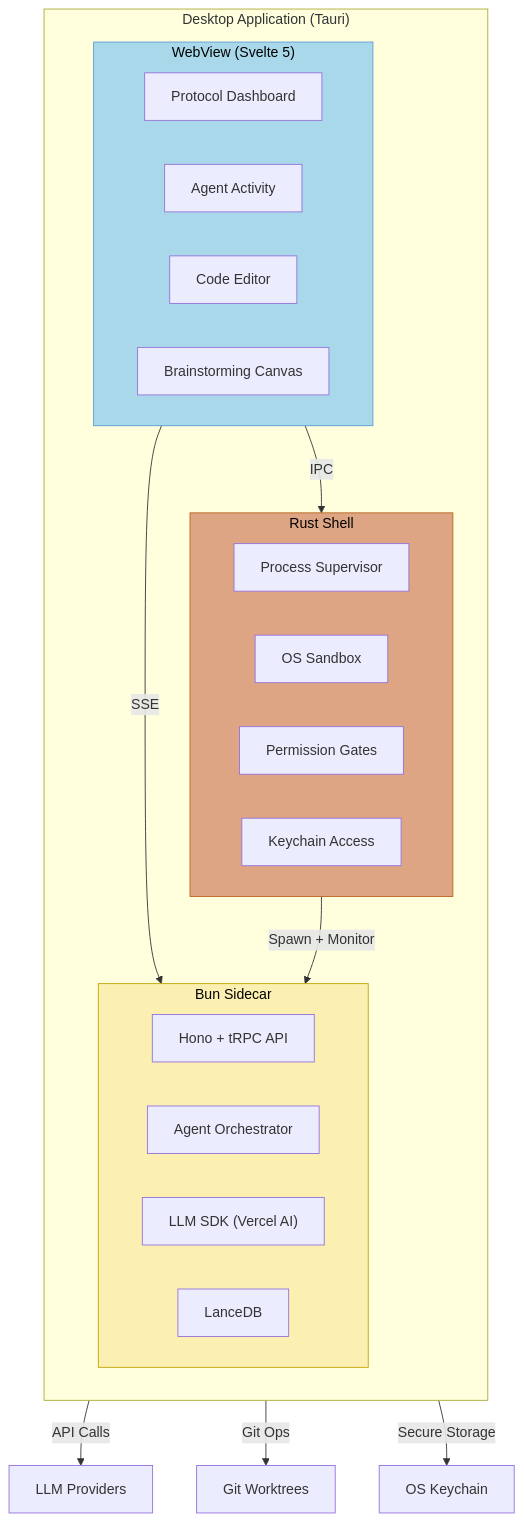
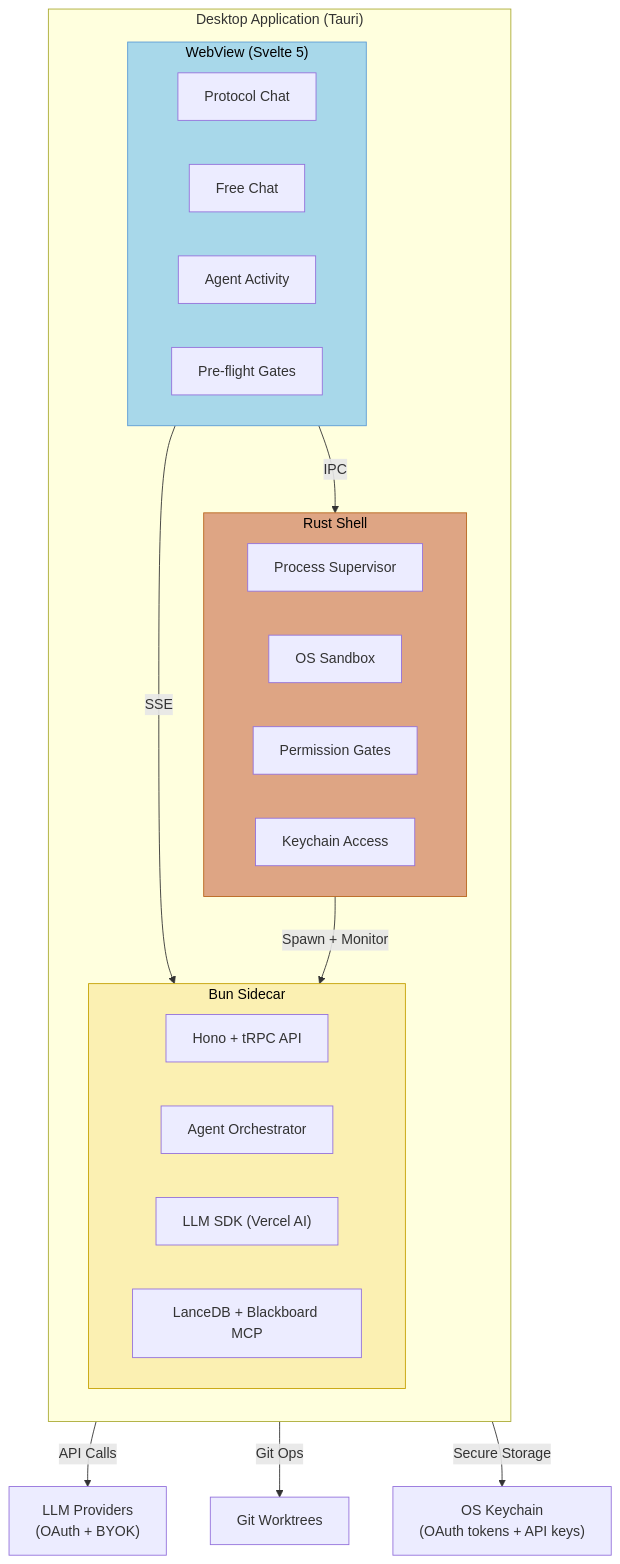
One commit to costa-marcello/CodeMAD changed the third of 6 diagrams in README.md. Above: the diagram before and after it, drawn with Mermaid. The commit also changed other lines of this file, not shown here.

First line of the commit message:
docs: update architecture diagram and add double streaming sequence diagram

````diff
--- a/README.md
+++ b/README.md
@@ -120,35 +120,35 @@
 ```mermaid
 flowchart TB
     subgraph Desktop["Desktop Application (Tauri)"]
         direction TB
         subgraph Rust["Rust Shell"]
             R1["Process Supervisor"]
             R2["OS Sandbox"]
             R3["Permission Gates"]
             R4["Keychain Access"]
         end
         subgraph Bun["Bun Sidecar"]
             B1["Hono + tRPC API"]
             B2["Agent Orchestrator"]
             B3["LLM SDK (Vercel AI)"]
-            B4["LanceDB"]
+            B4["LanceDB + Blackboard MCP"]
         end
         subgraph Web["WebView (Svelte 5)"]
-            W1["Protocol Dashboard"]
-            W2["Agent Activity"]
-            W3["Code Editor"]
-            W4["Brainstorming Canvas"]
+            W1["Protocol Chat"]
+            W2["Free Chat"]
+            W3["Agent Activity"]
+            W4["Pre-flight Gates"]
         end
     end
 
     Web -->|"IPC"| Rust
     Web -->|"SSE"| Bun
     Rust -->|"Spawn + Monitor"| Bun
-    Bun -->|"API Calls"| LLM["LLM Providers"]
+    Bun -->|"API Calls"| LLM["LLM Providers\n(OAuth + BYOK)"]
     Bun -->|"Git Ops"| Git["Git Worktrees"]
-    Rust -->|"Secure Storage"| KC["OS Keychain"]
+    Rust -->|"Secure Storage"| KC["OS Keychain\n(OAuth tokens + API keys)"]
 
     style Rust fill:#DEA584,stroke:#B8651B,color:#000
     style Bun fill:#FBF0B2,stroke:#C4A000,color:#000
     style Web fill:#A8D8EA,stroke:#5B9BD5,color:#000
 ```
````
